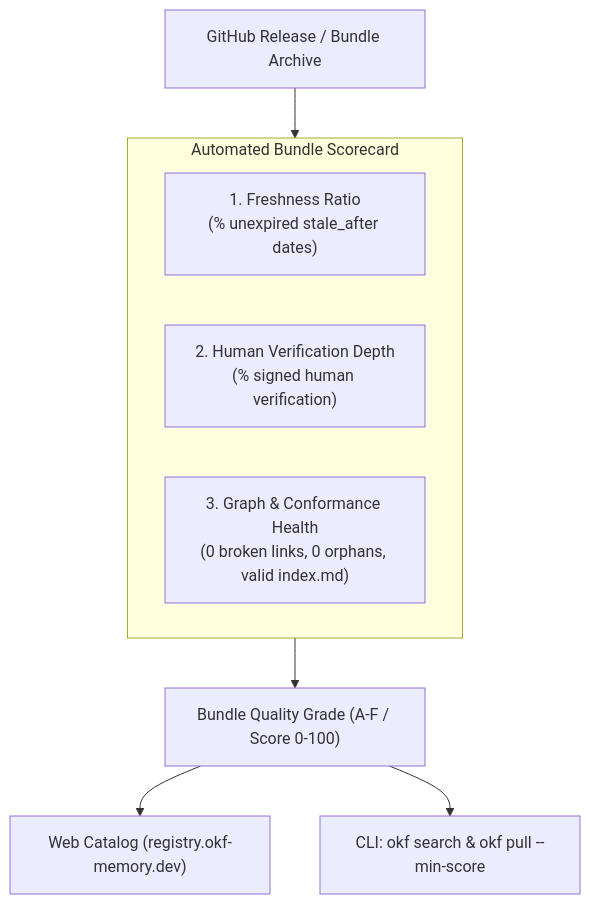
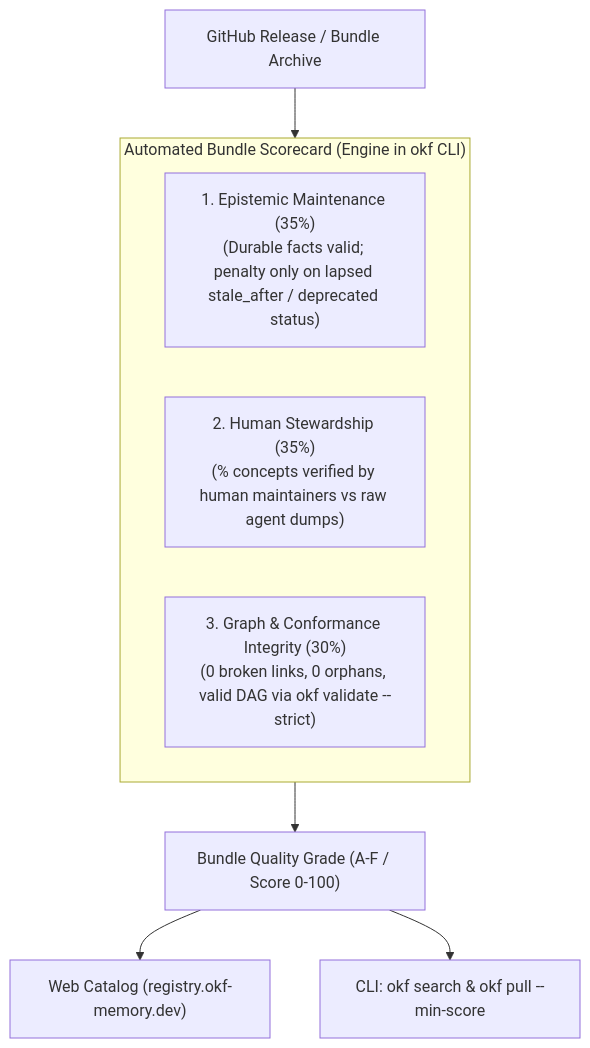
Before and after one commit to okf-memory/registry: the diagram in ROADMAP.md, drawn with Mermaid. The commit also changed other lines of this file, not shown here.

Commit message:
docs(roadmap): refine quality scorecard architecture

````diff
--- a/ROADMAP.md
+++ b/ROADMAP.md
@@ -15,13 +17,13 @@
 ```mermaid
 flowchart TD
-    subgraph SCORECARD ["Automated Bundle Scorecard"]
-        F["1. Freshness Ratio<br/>(% unexpired stale_after dates)"]
-        P["2. Human Verification Depth<br/>(% signed human verification)"]
-        H["3. Graph & Conformance Health<br/>(0 broken links, 0 orphans, valid index.md)"]
+    subgraph SCORECARD ["Automated Bundle Scorecard (Engine in okf CLI)"]
+        M["1. Epistemic Maintenance (35%)<br/>(Durable facts valid; penalty only on lapsed stale_after / deprecated status)"]
+        P["2. Human Stewardship (35%)<br/>(% concepts verified by human maintainers vs raw agent dumps)"]
+        H["3. Graph & Conformance Integrity (30%)<br/>(0 broken links, 0 orphans, valid DAG via okf validate --strict)"]
     end
 
     Release["GitHub Release / Bundle Archive"] --> SCORECARD
     SCORECARD --> Badge["Bundle Quality Grade (A-F / Score 0-100)"]
     Badge --> Web["Web Catalog (registry.okf-memory.dev)"]
     Badge --> CLI["CLI: okf search & okf pull --min-score"]
 ```
````
